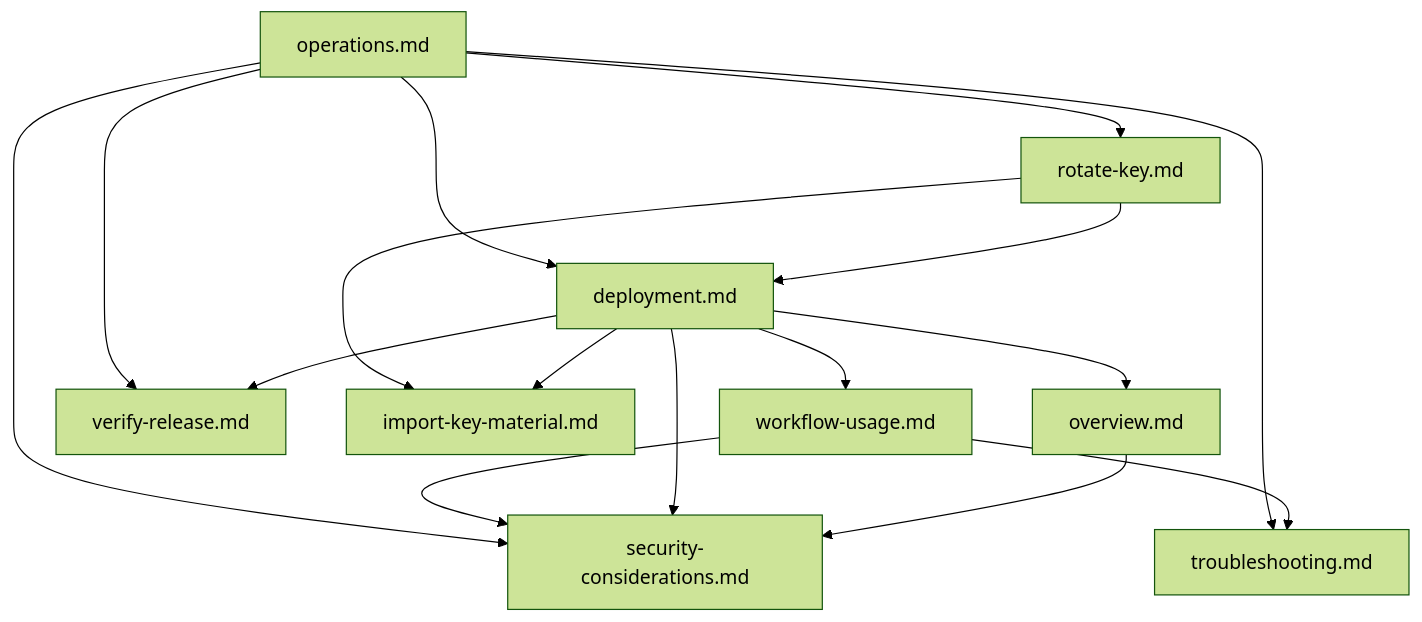
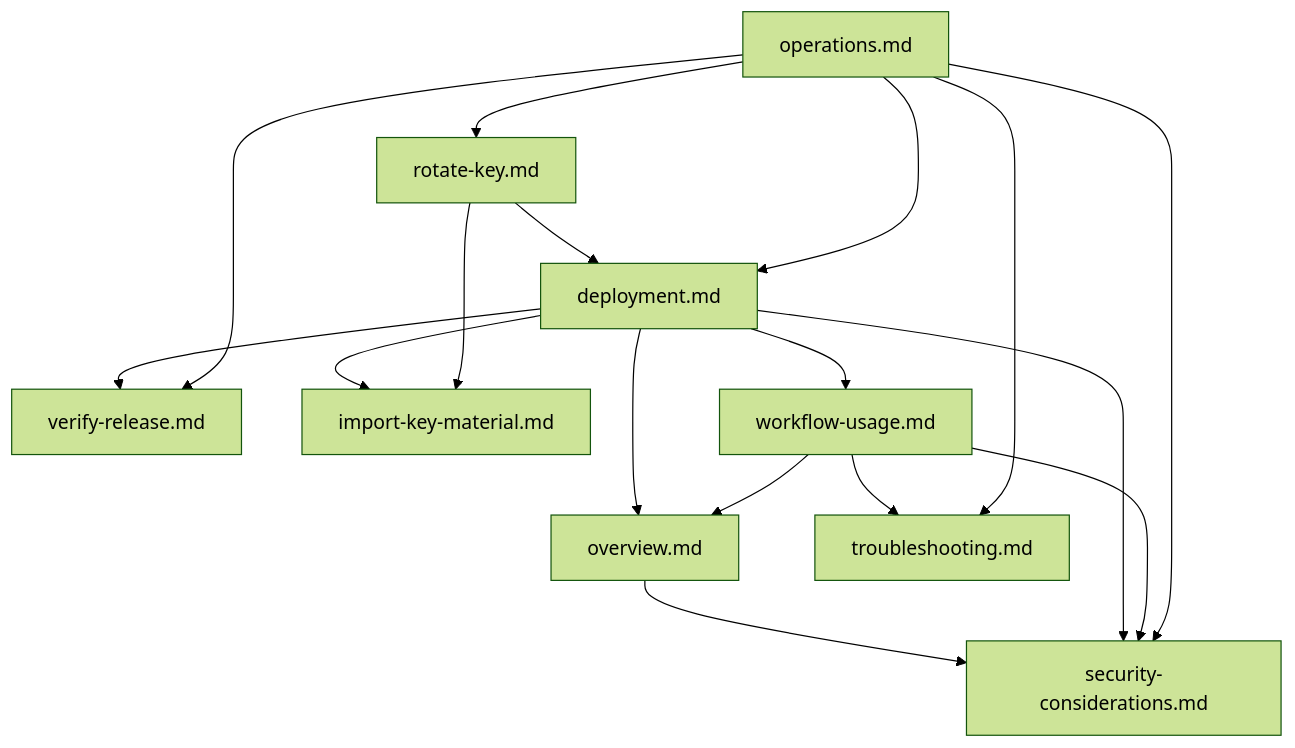
The second of 3 diagrams in docs/contributing/docs-policy.md (tmknom/gates), drawn with Mermaid (forest theme) before and after one commit. The commit also changed other lines of this file and 7 other files, not shown here.

````diff
--- a/docs/contributing/docs-policy.md
+++ b/docs/contributing/docs-policy.md
@@ -154,18 +155,19 @@
 ```mermaid
 flowchart TD
     overview["overview.md"] --> security["security-considerations.md"]
     deployment["deployment.md"] --> security
     deployment --> overview
     deployment --> verify["verify-release.md"]
     deployment --> import["import-key-material.md"]
     deployment --> usage["workflow-usage.md"]
     rotate["rotate-key.md"] --> import
     rotate --> deployment
     usage --> security
+    usage --> overview
     usage --> trouble["troubleshooting.md"]
     operations["operations.md"] --> deployment
     operations --> verify
     operations --> rotate
     operations --> trouble
     operations --> security
 ```
````
